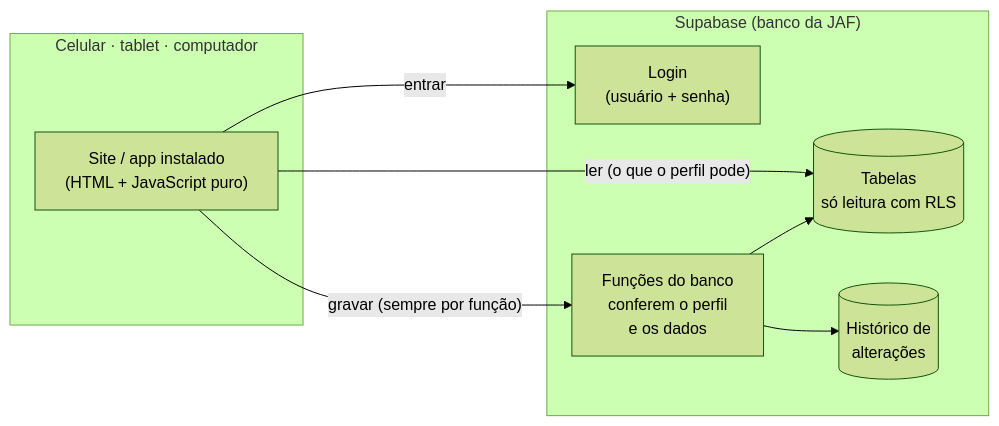
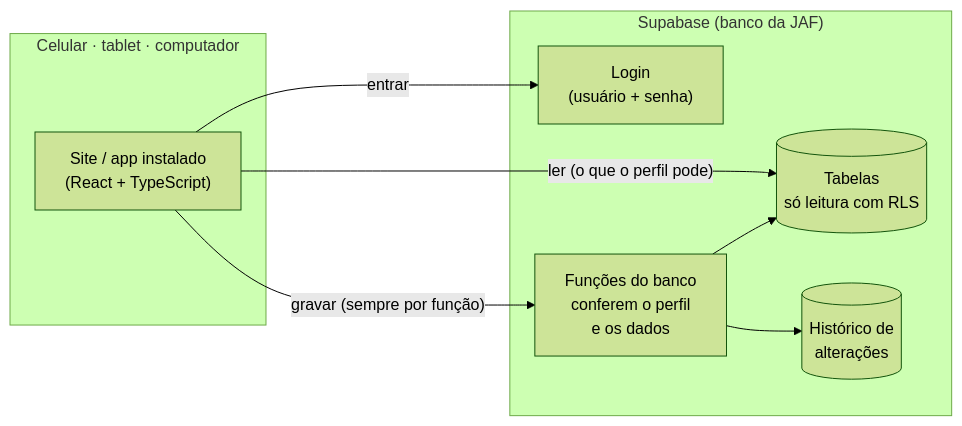
Before and after one commit to Enzoo-August/JAF-METAL: the diagram in README.md, drawn with Mermaid (forest theme). The commit also changed other lines of this file and 80 other files, not shown here.

First line of the commit message:
Versão 2.0: React 19 + TypeScript + Vite

````diff
--- a/README.md
+++ b/README.md
@@ -51,17 +54,17 @@
 ```mermaid
 flowchart LR
     subgraph Aparelho["Celular · tablet · computador"]
-        A["Site / app instalado<br/>(HTML + JavaScript puro)"]
+        A["Site / app instalado<br/>(React + TypeScript)"]
     end
     subgraph Supabase["Supabase (banco da JAF)"]
         L["Login<br/>(usuário + senha)"]
         F["Funções do banco<br/>conferem o perfil<br/>e os dados"]
         T[("Tabelas<br/>só leitura com RLS")]
         H[("Histórico de<br/>alterações")]
     end
     A -- "entrar" --> L
     A -- "gravar (sempre por função)" --> F
     F --> T
     F --> H
     A -- "ler (o que o perfil pode)" --> T
 ```
````
